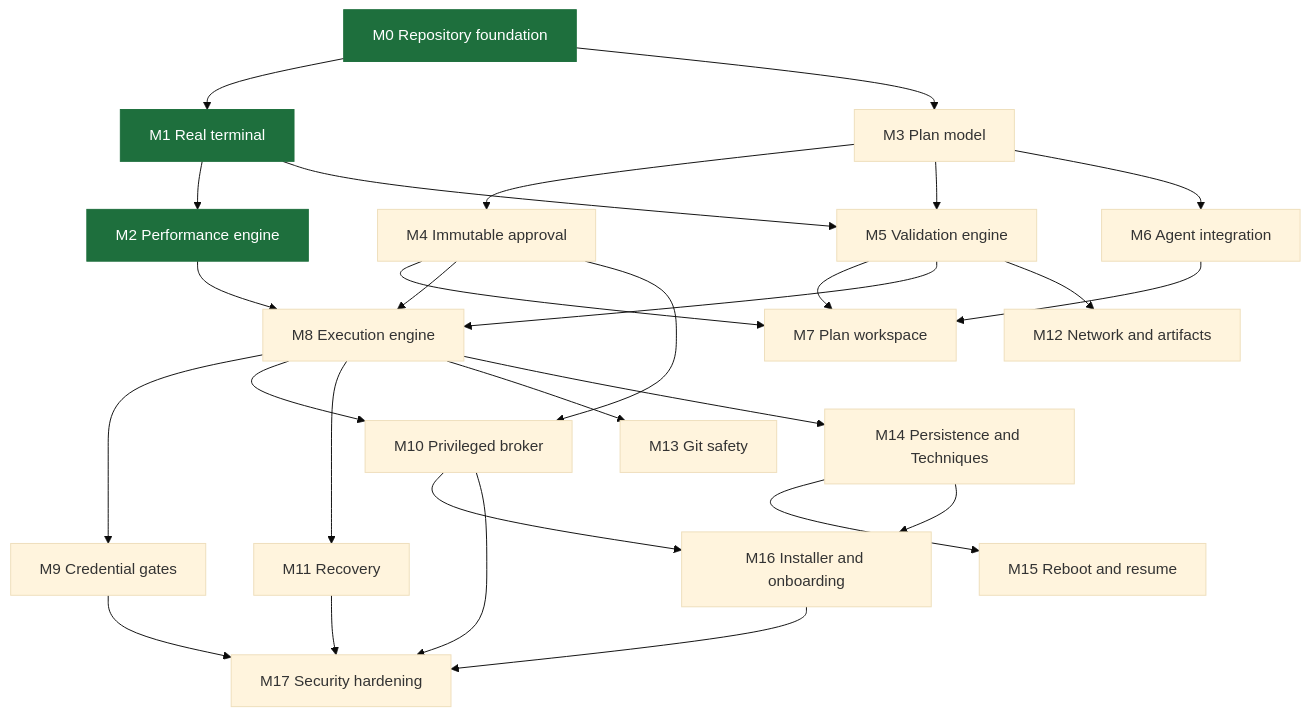
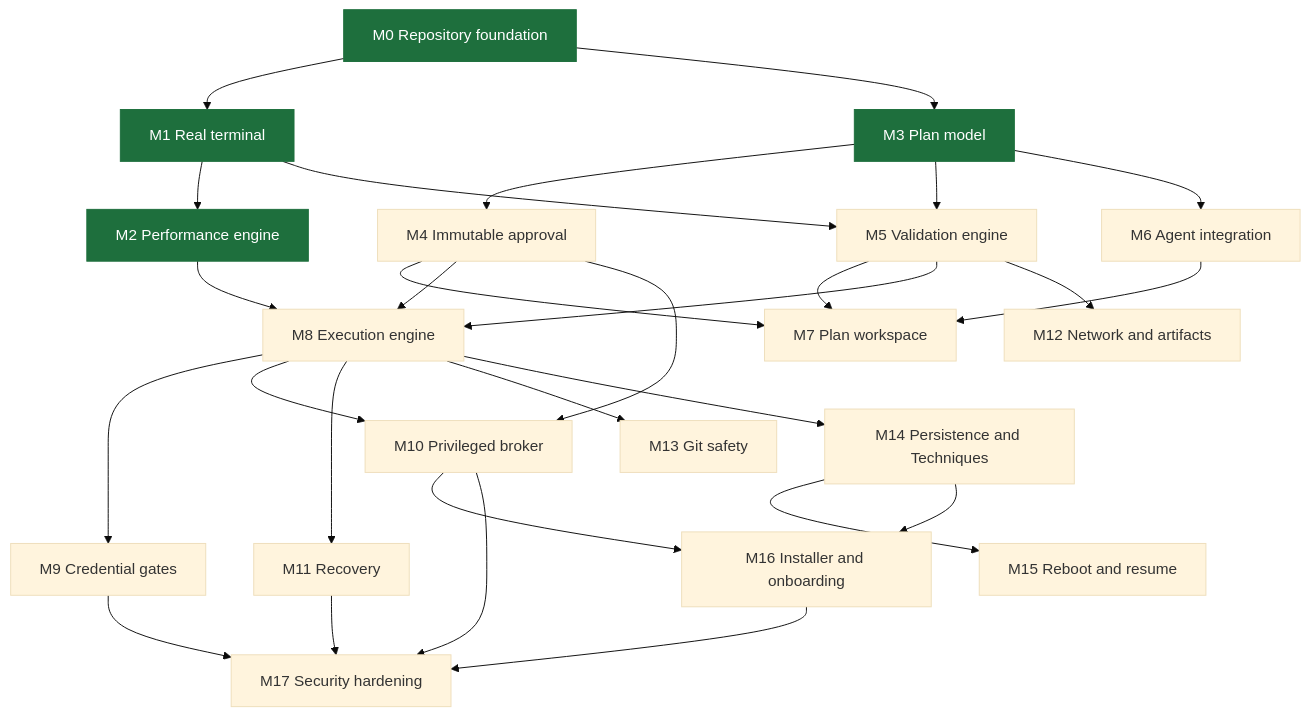
One commit to TheCodeSaiyan/keyjutsu changed the diagram in docs/architecture/dependency-graph.md. Above: the diagram before and after it, drawn with Mermaid (base theme). The commit also changed other lines of this file and 95 other files, not shown here.

````diff
--- a/docs/architecture/dependency-graph.md
+++ b/docs/architecture/dependency-graph.md
@@ -8,33 +8,33 @@
 ```mermaid
 flowchart TD
     M0[M0 Repository foundation] --> M1[M1 Real terminal]
     M1 --> M2[M2 Performance engine]
     M0 --> M3[M3 Plan model]
     M3 --> M4[M4 Immutable approval]
     M3 --> M5[M5 Validation engine]
     M1 --> M5
     M3 --> M6[M6 Agent integration]
     M4 --> M7[M7 Plan workspace]
     M5 --> M7
     M6 --> M7
     M2 --> M8[M8 Execution engine]
     M4 --> M8
     M5 --> M8
     M8 --> M9[M9 Credential gates]
     M8 --> M10[M10 Privileged broker]
     M4 --> M10
     M8 --> M11[M11 Recovery]
     M5 --> M12[M12 Network and artifacts]
     M8 --> M13[M13 Git safety]
     M8 --> M14[M14 Persistence and Techniques]
     M14 --> M15[M15 Reboot and resume]
     M10 --> M16[M16 Installer and onboarding]
     M14 --> M16
     M9 --> M17[M17 Security hardening]
     M10 --> M17
     M11 --> M17
     M16 --> M17
 
     classDef done fill:#1e6f3d,color:#fff,stroke:#1e6f3d
-    class M0,M1,M2 done
+    class M0,M1,M2,M3 done
 ```
````
